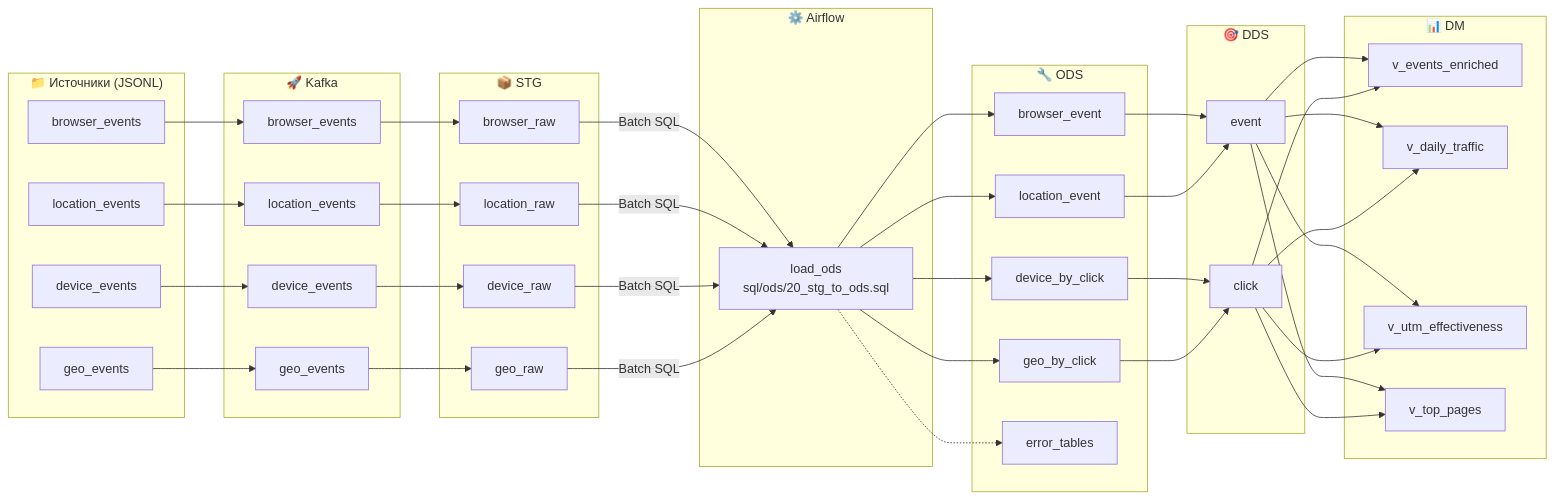
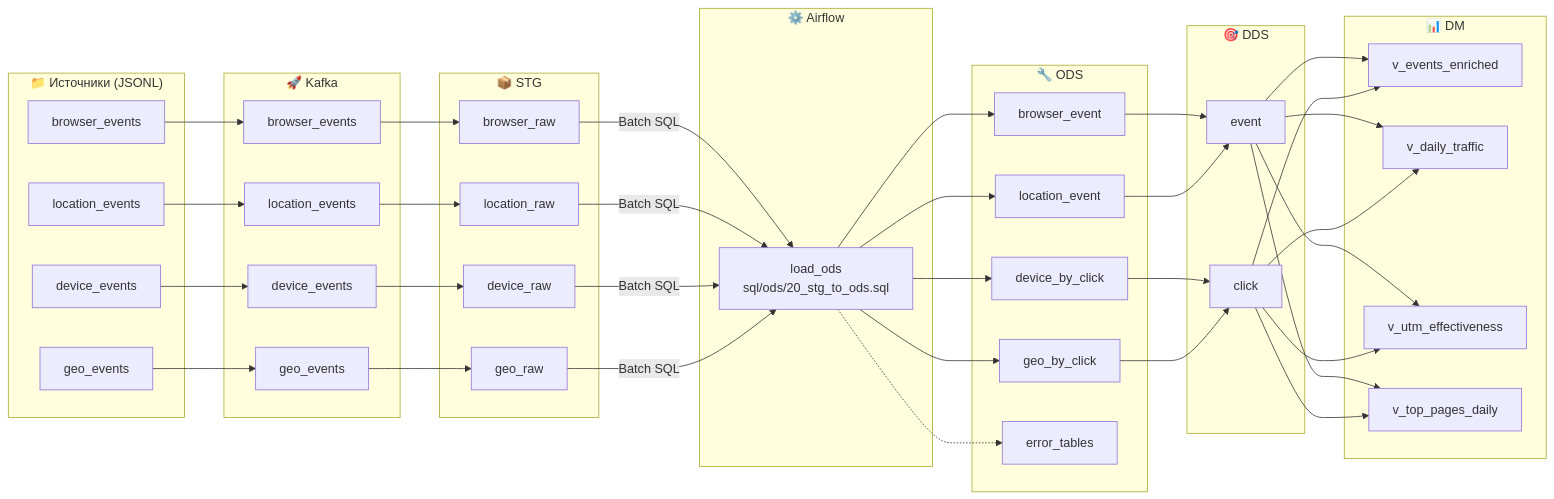
One commit to dementev-dev/clickstream-ch-kafka-superset-demo changed the first of 6 diagrams in docs/ARCHITECTURE.md. Above: the diagram before and after it, drawn with Mermaid. The commit also changed other lines of this file and 2 other files, not shown here.

````diff
--- a/docs/ARCHITECTURE.md
+++ b/docs/ARCHITECTURE.md
@@ -26,64 +26,64 @@
 ```mermaid
 flowchart LR
     subgraph Sources["📁 Источники (JSONL)"]
         BE[browser_events]
         LE[location_events]
         DE[device_events]
         GE[geo_events]
     end
 
     subgraph Kafka["🚀 Kafka"]
         K1[browser_events]
         K2[location_events]
         K3[device_events]
         K4[geo_events]
     end
 
     subgraph STG["📦 STG"]
         S1[browser_raw]
         S2[location_raw]
         S3[device_raw]
         S4[geo_raw]
     end
 
     subgraph AF["⚙️ Airflow"]
         B1[load_ods<br/>sql/ods/20_stg_to_ods.sql]
     end
 
     subgraph ODS["🔧 ODS"]
         O1[browser_event]
         O2[location_event]
         O3[device_by_click]
         O4[geo_by_click]
         OE[error_tables]
     end
 
     subgraph DDS["🎯 DDS"]
         DE1[event]
         DC1[click]
     end
 
     subgraph DM["📊 DM"]
         DM1[v_events_enriched]
         DM2[v_daily_traffic]
         DM3[v_utm_effectiveness]
-        DM4[v_top_pages]
+        DM4[v_top_pages_daily]
     end
 
     BE --> K1 --> S1
     LE --> K2 --> S2
     DE --> K3 --> S3
     GE --> K4 --> S4
 
     S1 & S2 & S3 & S4 -->|Batch SQL| B1
     B1 --> O1 & O2 & O3 & O4
     B1 -.-> OE
     O1 --> DE1
     O2 --> DE1
     O3 --> DC1
     O4 --> DC1
     DE1 --> DM1
     DC1 --> DM1
     DE1 --> DM2 & DM3 & DM4
     DC1 --> DM2 & DM3 & DM4
 ```
````
